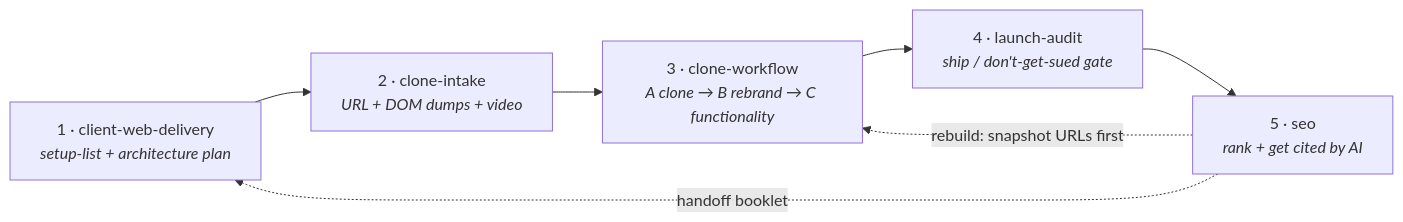
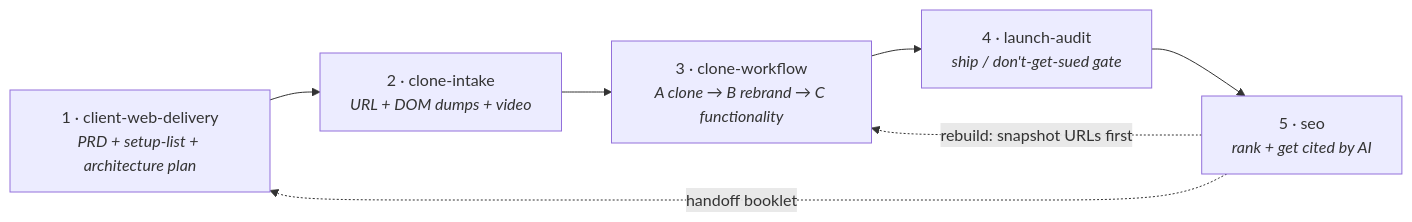
The diagram in README.md (MilkDeLeche/client-site-pipeline), drawn with Mermaid before and after one commit. The commit also changed other lines of this file and 8 other files, not shown here.

````diff
--- a/README.md
+++ b/README.md
@@ -45,9 +45,9 @@
 ```mermaid
 flowchart LR
-    A["1 · client-web-delivery<br/><i>setup-list + architecture plan</i>"] --> B["2 · clone-intake<br/><i>URL + DOM dumps + video</i>"]
+    A["1 · client-web-delivery<br/><i>PRD + setup-list + architecture plan</i>"] --> B["2 · clone-intake<br/><i>URL + DOM dumps + video</i>"]
     B --> C["3 · clone-workflow<br/><i>A clone → B rebrand → C functionality</i>"]
     C --> D["4 · launch-audit<br/><i>ship / don't-get-sued gate</i>"]
     D --> E["5 · seo<br/><i>rank + get cited by AI</i>"]
     E -.->|handoff booklet| A
     E -.->|rebuild: snapshot URLs first| C
 ```
````
